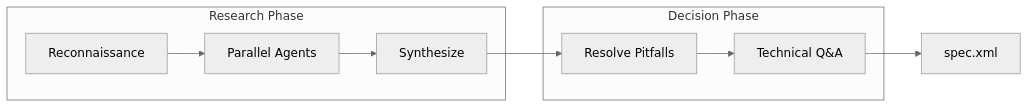
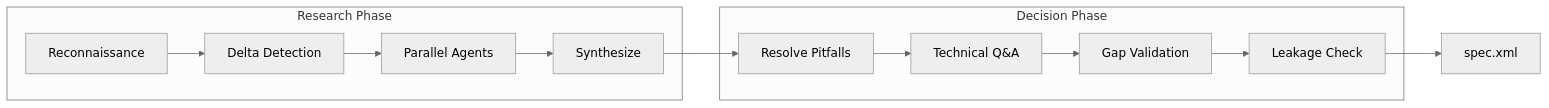
The diagram in .festinalente/product/skills/scope.md (mattfletcher94/festinalente), drawn with Mermaid (neutral theme) before and after one commit. The commit also changed other lines of this file and 1 other file, not shown here.

````diff
--- a/.festinalente/product/skills/scope.md
+++ b/.festinalente/product/skills/scope.md
@@ -29,19 +29,25 @@
 ```mermaid
 flowchart LR
     subgraph "Research Phase"
         Recon[Reconnaissance]
+        Delta[Delta Detection]
         Agents[Parallel Agents]
         Synthesis[Synthesize]
     end
 
     subgraph "Decision Phase"
         Pitfalls[Resolve Pitfalls]
         QA[Technical Q&A]
+        GapVal[Gap Validation]
+        Leakage[Leakage Check]
     end
 
-    Recon --> Agents
+    Recon --> Delta
+    Delta --> Agents
     Agents --> Synthesis
     Synthesis --> Pitfalls
     Pitfalls --> QA
-    QA --> Spec[spec.xml]
+    QA --> GapVal
+    GapVal --> Leakage
+    Leakage --> Spec[spec.xml]
 ```
````
